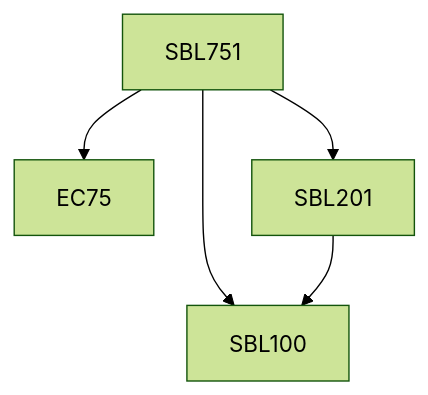
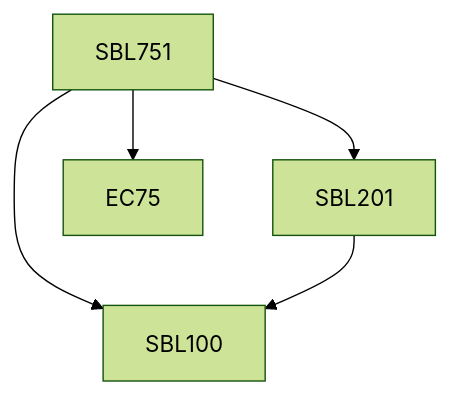
Before and after one commit to KeshavBansal0122/CoS_Website: the diagram in content/Biological Sciences/SBL751.md, drawn with Mermaid (forest theme). The commit also changed other lines of this file and 2662 other files, not shown here.

````diff
--- a/content/Biological Sciences/SBL751.md
+++ b/content/Biological Sciences/SBL751.md
@@ -13,11 +13,11 @@
 ```mermaid
 flowchart TD
 SBL751-1545[SBL751]
+SBL751-1545 --> SBL201-1545[SBL201]
+SBL751-1545 --> SBL100-1545[SBL100]
 SBL751-1545 --> EC75-1545[EC75]
-SBL751-1545 --> SBL100-1545[SBL100]
-SBL751-1545 --> SBL201-1545[SBL201]
 SBL201-1545 --> SBL100-1545[SBL100]
 
 classDef empty height:17px, fill:transparent, stroke:transparent;
 classDef trueEmpty height:0px, width:0px;
 ```
````
